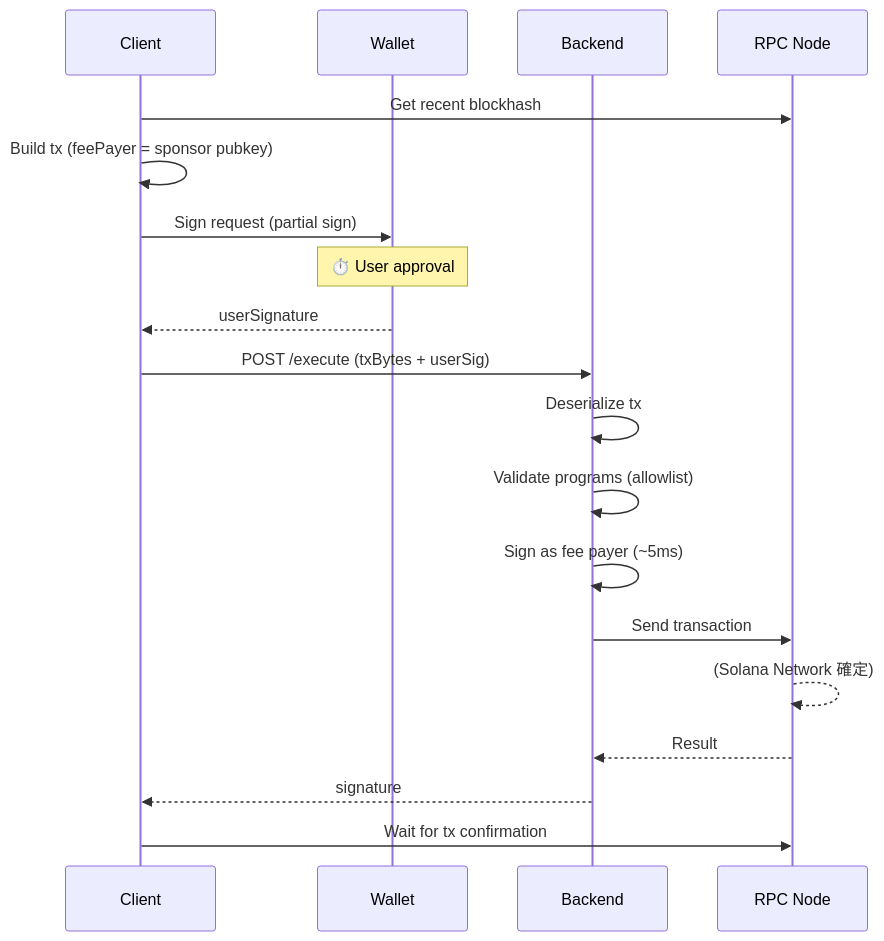
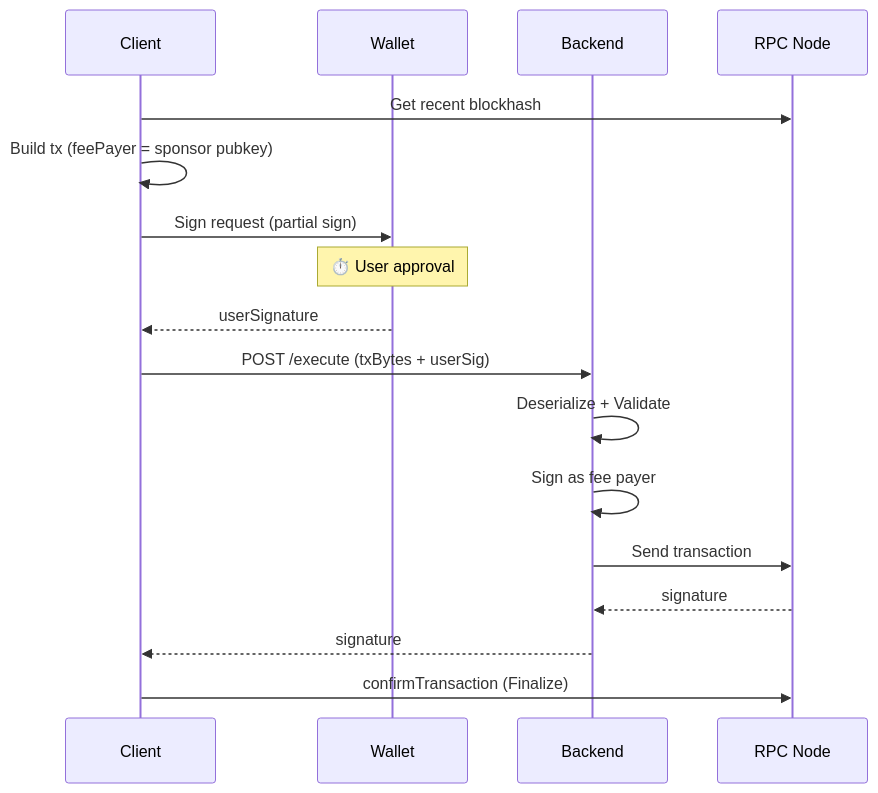
One commit to fuyutarow/counters changed the diagram in solana/docs/sponsored-transaction.md. Above: the diagram before and after it, drawn with Mermaid. The commit also changed other lines of this file and 5 other files, not shown here.

````diff
--- a/solana/docs/sponsored-transaction.md
+++ b/solana/docs/sponsored-transaction.md
@@ -142,24 +168,22 @@
 ```mermaid
 sequenceDiagram
     participant C as Client
     participant W as Wallet
     participant B as Backend
     participant S as RPC Node
 
     C->>S: Get recent blockhash
     C->>C: Build tx (feePayer = sponsor pubkey)
     C->>W: Sign request (partial sign)
     Note over W: ⏱️ User approval
     W-->>C: userSignature
 
     C->>B: POST /execute (txBytes + userSig)
-    B->>B: Deserialize tx
-    B->>B: Validate programs (allowlist)
-    B->>B: Sign as fee payer (~5ms)
+    B->>B: Deserialize + Validate
+    B->>B: Sign as fee payer
     B->>S: Send transaction
-    S-->>S: (Solana Network 確定)
-    S-->>B: Result
+    S-->>B: signature
     B-->>C: signature
 
-    C->>S: Wait for tx confirmation
+    C->>S: confirmTransaction (Finalize)
 ```
````
